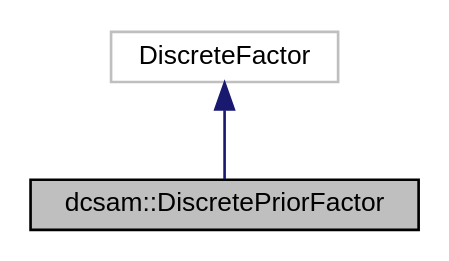
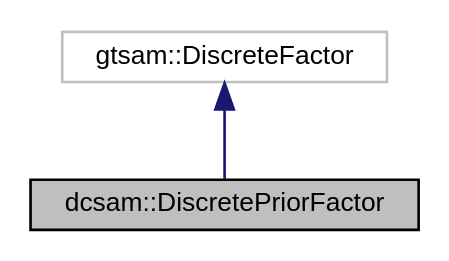
Before and after one commit to MarineRoboticsGroup/dcsam: the diagram in classdcsam_1_1_discrete_prior_factor__coll__graph.dot, drawn with Graphviz. The commit also changed 230 other files, not shown here.

```diff
--- a/classdcsam_1_1_discrete_prior_factor__coll__graph.dot
+++ b/classdcsam_1_1_discrete_prior_factor__coll__graph.dot
@@ -1,9 +1,9 @@
 digraph "dcsam::DiscretePriorFactor"
 {
  // LATEX_PDF_SIZE
   edge [fontname="Helvetica",fontsize="10",labelfontname="Helvetica",labelfontsize="10"];
   node [fontname="Helvetica",fontsize="10",shape=record];
   Node1 [label="dcsam::DiscretePriorFactor",height=0.2,width=0.4,color="black", fillcolor="grey75", style="filled", fontcolor="black",tooltip="Implementation of a discrete prior factor."];
   Node2 -> Node1 [dir="back",color="midnightblue",fontsize="10",style="solid",fontname="Helvetica"];
-  Node2 [label="DiscreteFactor",height=0.2,width=0.4,color="grey75", fillcolor="white", style="filled",tooltip=" "];
+  Node2 [label="gtsam::DiscreteFactor",height=0.2,width=0.4,color="grey75", fillcolor="white", style="filled",tooltip=" "];
 }
```
